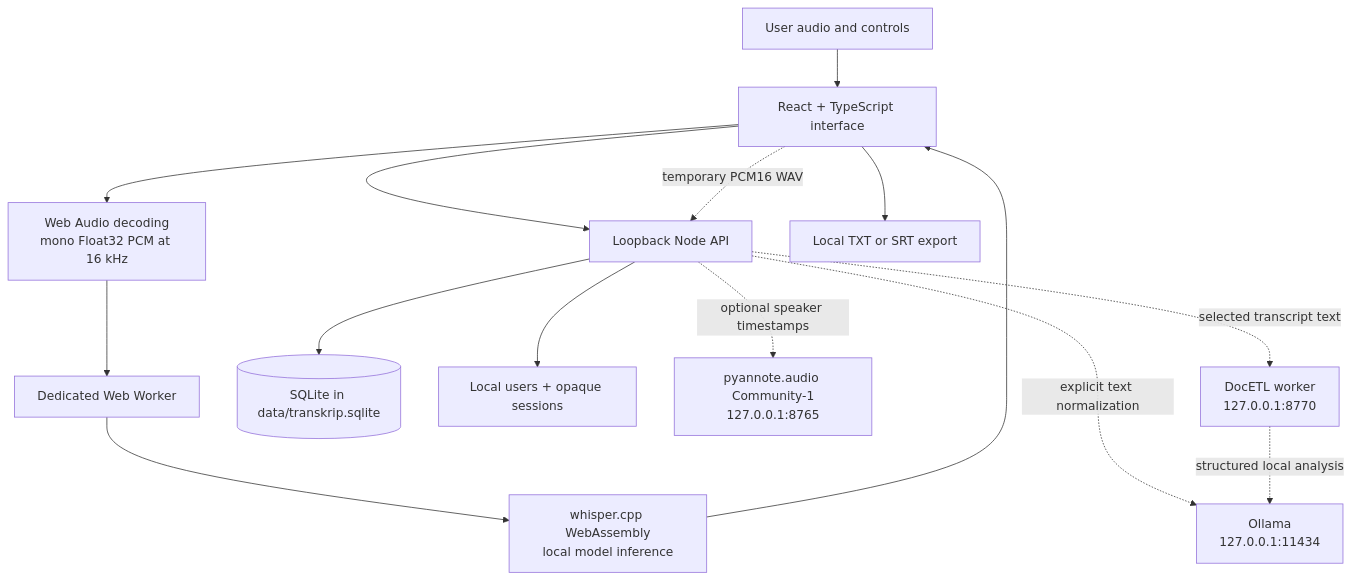
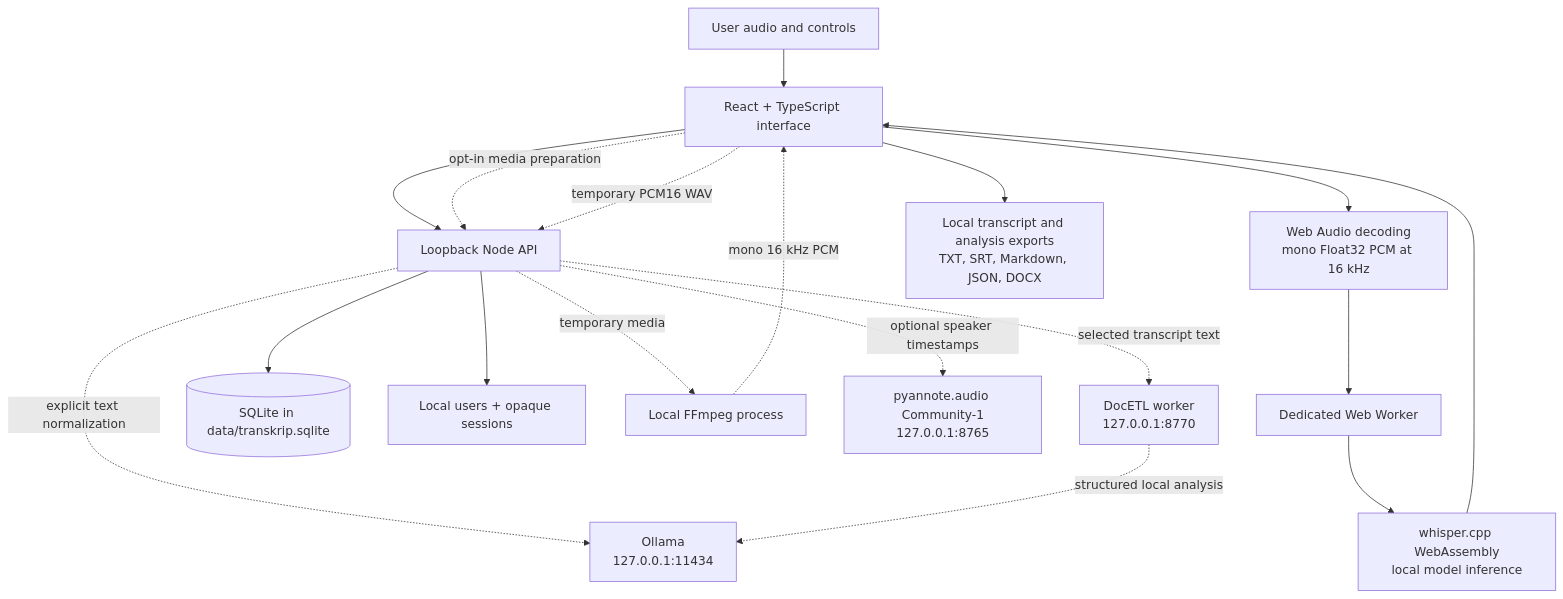
Before and after one commit to cyberarian/transkrip: the diagram in README.md, drawn with Mermaid. The commit also changed other lines of this file and 40 other files, not shown here.

````diff
--- a/README.md
+++ b/README.md
@@ -36,17 +83,20 @@
 ```mermaid
 flowchart TD
     U[User audio and controls] --> R[React + TypeScript interface]
     R --> D[Web Audio decoding\nmono Float32 PCM at 16 kHz]
     D --> W[Dedicated Web Worker]
     W --> C[whisper.cpp WebAssembly\nlocal model inference]
     C --> R
     R --> A[Loopback Node API]
     A --> S[(SQLite in data/transkrip.sqlite)]
     A --> I[Local users + opaque sessions]
-    R --> E[Local TXT or SRT export]
+    R --> E[Local transcript and analysis exports\nTXT, SRT, Markdown, JSON, DOCX]
+    R -. opt-in media preparation .-> A
+    A -. temporary media .-> F[Local FFmpeg process]
+    F -. mono 16 kHz PCM .-> R
     R -. temporary PCM16 WAV .-> A
     A -. optional speaker timestamps .-> P[pyannote.audio Community-1\n127.0.0.1:8765]
     A -. explicit text normalization .-> O[Ollama\n127.0.0.1:11434]
     A -. selected transcript text .-> J[DocETL worker\n127.0.0.1:8770]
     J -. structured local analysis .-> O
 ```
````
